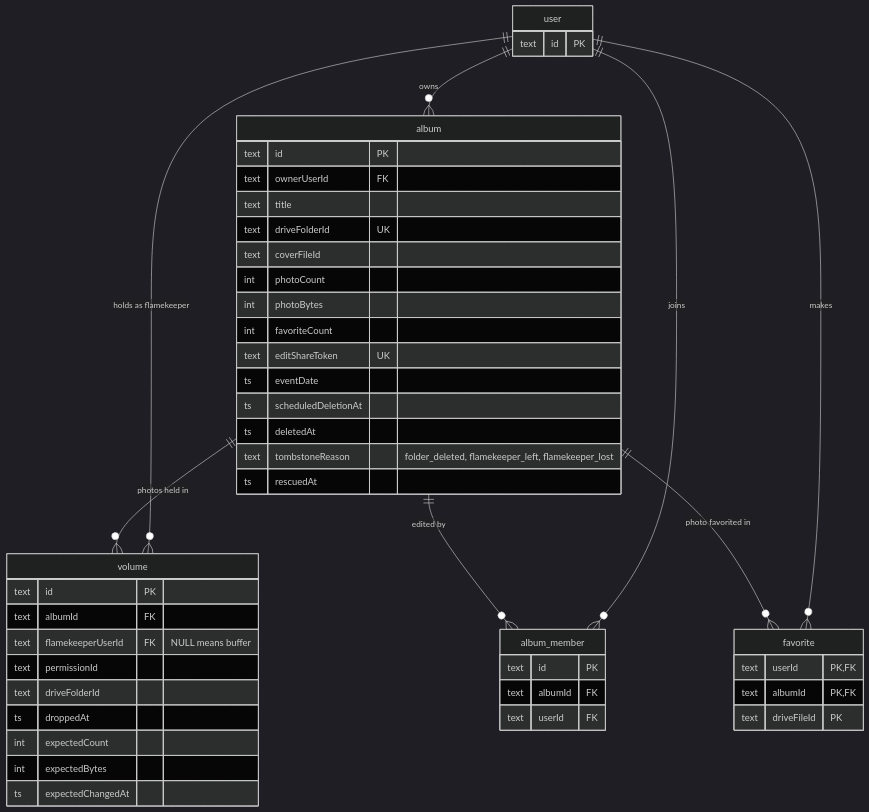
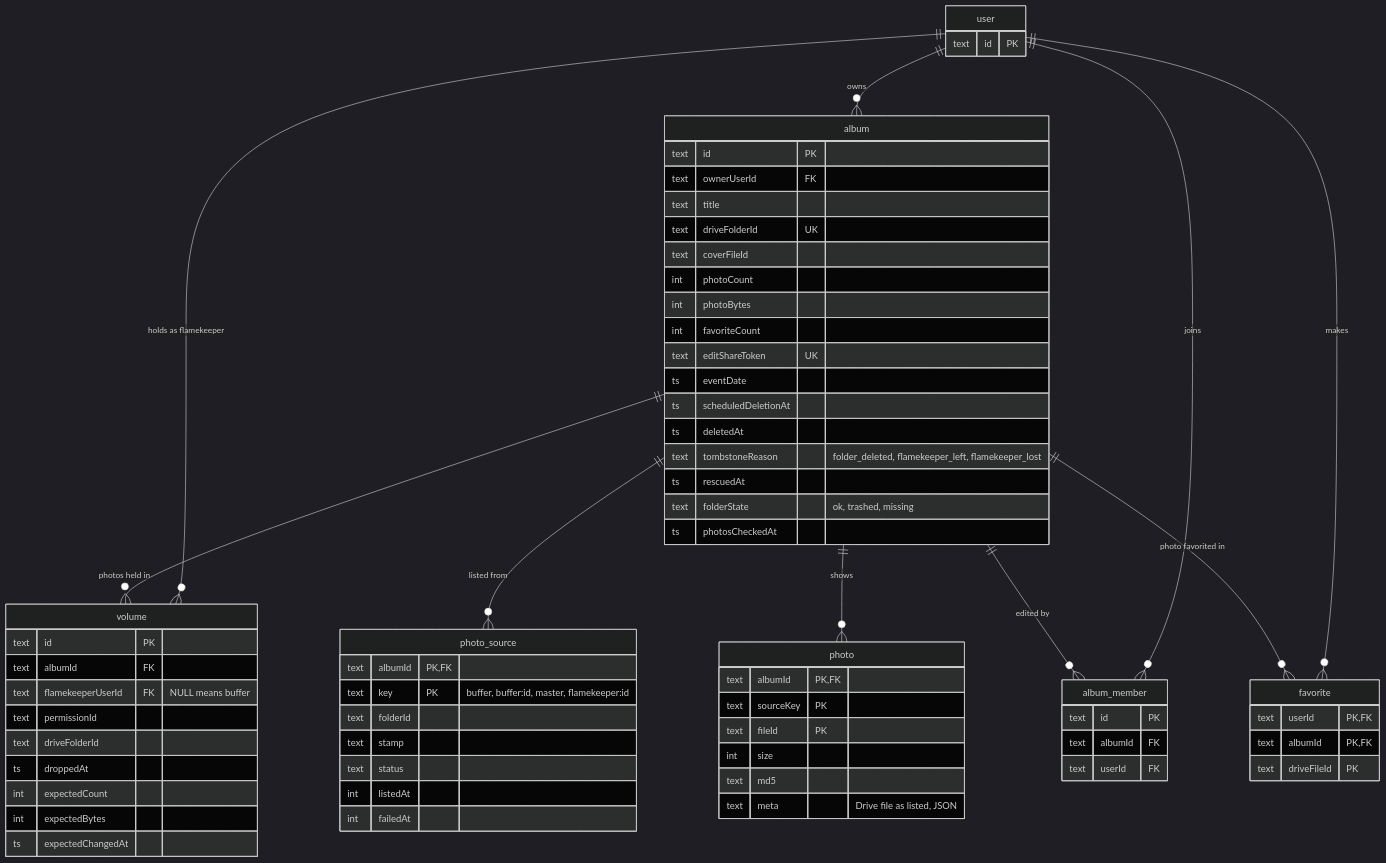
The diagram in docs/scenarios/erd/albums-and-storage.md (sagyzdop/meriksirat), drawn with Mermaid (dark theme) before and after one commit. The commit also changed other lines of this file and 53 other files, not shown here.

````diff
--- a/docs/scenarios/erd/albums-and-storage.md
+++ b/docs/scenarios/erd/albums-and-storage.md
@@ -5,50 +5,71 @@
 ```mermaid
 erDiagram
     user ||--o{ album : owns
     album ||--o{ volume : "photos held in"
+    album ||--o{ photo_source : "listed from"
+    album ||--o{ photo : shows
     user ||--o{ volume : "holds as flamekeeper"
     album ||--o{ album_member : "edited by"
     user ||--o{ album_member : joins
     album ||--o{ favorite : "photo favorited in"
     user ||--o{ favorite : makes
     album {
         text id PK
         text ownerUserId FK
         text title
         text driveFolderId UK
         text coverFileId
         int photoCount
         int photoBytes
         int favoriteCount
         text editShareToken UK
         ts eventDate
         ts scheduledDeletionAt
         ts deletedAt
         text tombstoneReason "folder_deleted, flamekeeper_left, flamekeeper_lost"
         ts rescuedAt
+        text folderState "ok, trashed, missing"
+        ts photosCheckedAt
+    }
+    photo_source {
+        text albumId PK, FK
+        text key PK "buffer, buffer:id, master, flamekeeper:id"
+        text folderId
+        text stamp
+        text status
+        int listedAt
+        int failedAt
+    }
+    photo {
+        text albumId PK, FK
+        text sourceKey PK
+        text fileId PK
+        int size
+        text md5
+        text meta "Drive file as listed, JSON"
     }
     volume {
         text id PK
         text albumId FK
         text flamekeeperUserId FK "NULL means buffer"
         text permissionId
         text driveFolderId
         ts droppedAt
         int expectedCount
         int expectedBytes
         ts expectedChangedAt
     }
     album_member {
         text id PK
         text albumId FK
         text userId FK
     }
     favorite {
         text userId PK, FK
         text albumId PK, FK
         text driveFileId PK
     }
     user {
         text id PK
     }
 ```
````
